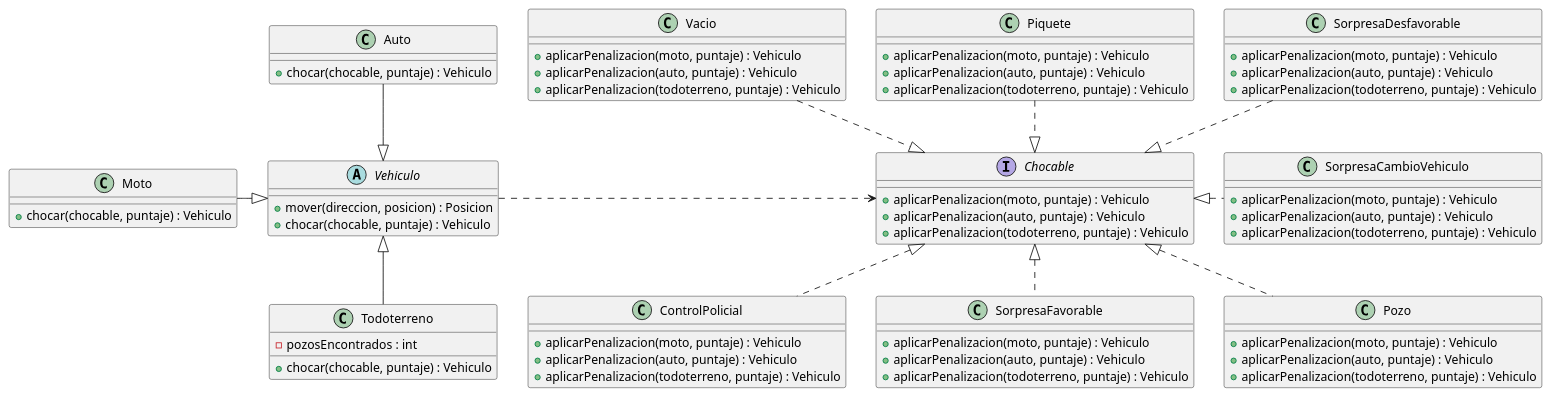
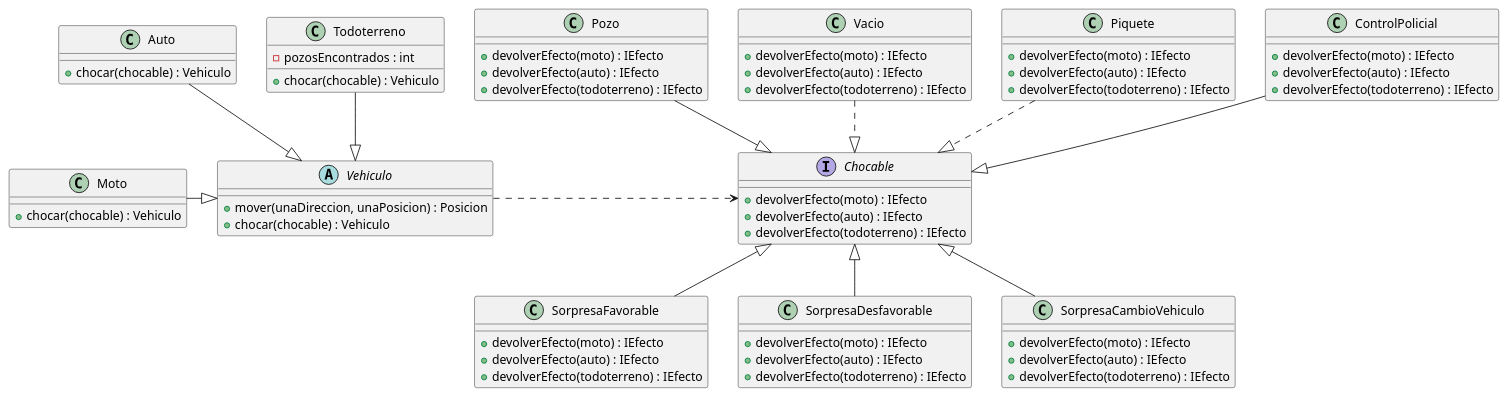
One commit to NestorPala/T17-GPSChallenge changed the diagram in diagrams/classes/diagrama_interfaces.puml. Above: the diagram before and after it, drawn with PlantUML. The commit also changed 1 other file, not shown here.

Commit message:
cambios en el diagrama de interfaces

```diff
--- a/diagrams/classes/diagrama_interfaces.puml
+++ b/diagrams/classes/diagrama_interfaces.puml
@@ -1,87 +1,86 @@
 @startuml
-
+interface Chocable {
+    + devolverEfecto(moto) : IEfecto
+    + devolverEfecto(auto) : IEfecto
+    + devolverEfecto(todoterreno) : IEfecto
+}
 
 class Pozo {
-    +  aplicarPenalizacion(moto, puntaje) : Vehiculo
-    +  aplicarPenalizacion(auto, puntaje) : Vehiculo
-    +  aplicarPenalizacion(todoterreno, puntaje) : Vehiculo
+    +  devolverEfecto(moto) : IEfecto
+    +  devolverEfecto(auto) : IEfecto
+    +  devolverEfecto(todoterreno) : IEfecto
 }
 
 class Vacio {
-    +  aplicarPenalizacion(moto, puntaje) : Vehiculo
-    +  aplicarPenalizacion(auto, puntaje) : Vehiculo
-    +  aplicarPenalizacion(todoterreno, puntaje) : Vehiculo
+    +  devolverEfecto(moto) : IEfecto
+    +  devolverEfecto(auto) : IEfecto
+    +  devolverEfecto(todoterreno) : IEfecto
 }
 
 class Piquete { 
-    +  aplicarPenalizacion(moto, puntaje) : Vehiculo
-    +  aplicarPenalizacion(auto, puntaje) : Vehiculo
-    +  aplicarPenalizacion(todoterreno, puntaje) : Vehiculo
+    +  devolverEfecto(moto) : IEfecto
+    +  devolverEfecto(auto) : IEfecto
+    +  devolverEfecto(todoterreno) : IEfecto
 }
 
 class ControlPolicial {
-    +  aplicarPenalizacion(moto, puntaje) : Vehiculo
-    +  aplicarPenalizacion(auto, puntaje) : Vehiculo
-    +  aplicarPenalizacion(todoterreno, puntaje) : Vehiculo
+    +  devolverEfecto(moto) : IEfecto
+    +  devolverEfecto(auto) : IEfecto
+    +  devolverEfecto(todoterreno) : IEfecto
 }
 
 class SorpresaFavorable {
-    +  aplicarPenalizacion(moto, puntaje) : Vehiculo
-    +  aplicarPenalizacion(auto, puntaje) : Vehiculo
-    +  aplicarPenalizacion(todoterreno, puntaje) : Vehiculo
+    +  devolverEfecto(moto) : IEfecto
+    +  devolverEfecto(auto) : IEfecto
+    +  devolverEfecto(todoterreno) : IEfecto
 }
 
 class SorpresaDesfavorable {
-    +  aplicarPenalizacion(moto, puntaje) : Vehiculo
-    +  aplicarPenalizacion(auto, puntaje) : Vehiculo
-    +  aplicarPenalizacion(todoterreno, puntaje) : Vehiculo
+    +  devolverEfecto(moto) : IEfecto
+    +  devolverEfecto(auto) : IEfecto
+    +  devolverEfecto(todoterreno) : IEfecto
 }
 
 class SorpresaCambioVehiculo {
-    +  aplicarPenalizacion(moto, puntaje) : Vehiculo
-    +  aplicarPenalizacion(auto, puntaje) : Vehiculo
-    +  aplicarPenalizacion(todoterreno, puntaje) : Vehiculo
+    +  devolverEfecto(moto) : IEfecto
+    +  devolverEfecto(auto) : IEfecto
+    +  devolverEfecto(todoterreno) : IEfecto
+}
+
+
+
+abstract class Vehiculo {
+    + mover(unaDireccion, unaPosicion) : Posicion
+    + chocar(chocable) : Vehiculo
 }
 
 class Auto {
-    + chocar(chocable, puntaje) : Vehiculo
+    + chocar(chocable) : Vehiculo
 }
 
 class Moto {
-    + chocar(chocable, puntaje) : Vehiculo
+    + chocar(chocable) : Vehiculo
 }
 
 class Todoterreno {
     - pozosEncontrados : int
-    + chocar(chocable, puntaje) : Vehiculo
+    + chocar(chocable) : Vehiculo
 }
 
-abstract class Vehiculo {
-    + mover(direccion, posicion) : Posicion
-    + chocar(chocable, puntaje) : Vehiculo
-}
 
-interface Chocable {
-    + aplicarPenalizacion(moto, puntaje) : Vehiculo
-    + aplicarPenalizacion(auto, puntaje) : Vehiculo
-    + aplicarPenalizacion(todoterreno, puntaje) : Vehiculo
-}
 
-Chocable <|.. Pozo
+Pozo --|> Chocable
+ControlPolicial --|> Chocable
+Piquete ..|> Chocable
 Vacio ..|> Chocable
-Piquete ..|> Chocable
-SorpresaDesfavorable ..|> Chocable
-Chocable <|. SorpresaCambioVehiculo
-Chocable <|.. SorpresaFavorable
-Chocable <|.. ControlPolicial
 
-Vehiculo <|-- Todoterreno
-Auto --|> Vehiculo
-Moto -|> Vehiculo
+Chocable <|-- SorpresaFavorable 
+Chocable <|-- SorpresaDesfavorable
+Chocable <|-- SorpresaCambioVehiculo
 
 Vehiculo .> Chocable
 
-
-
-
+Todoterreno --|> Vehiculo
+Auto --|> Vehiculo
+Moto -|> Vehiculo
 @enduml
```
